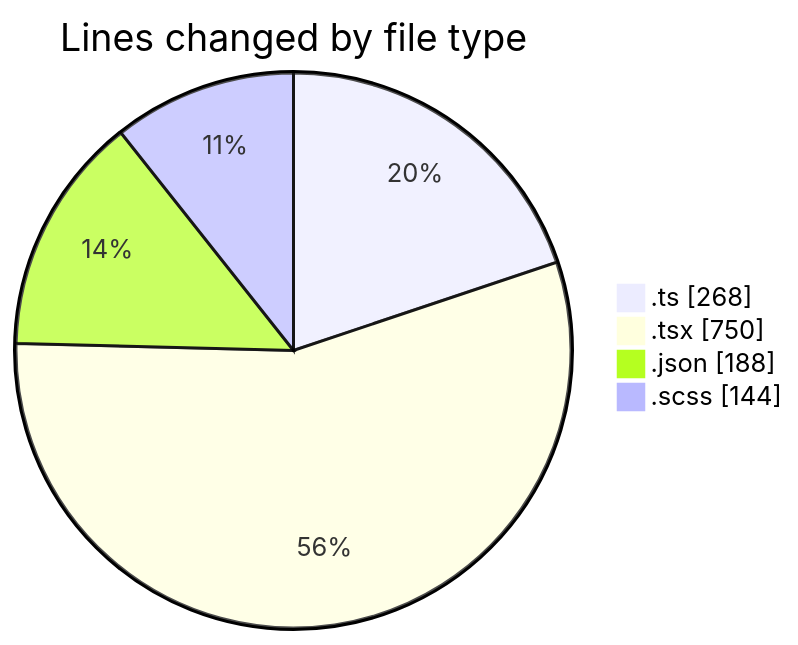
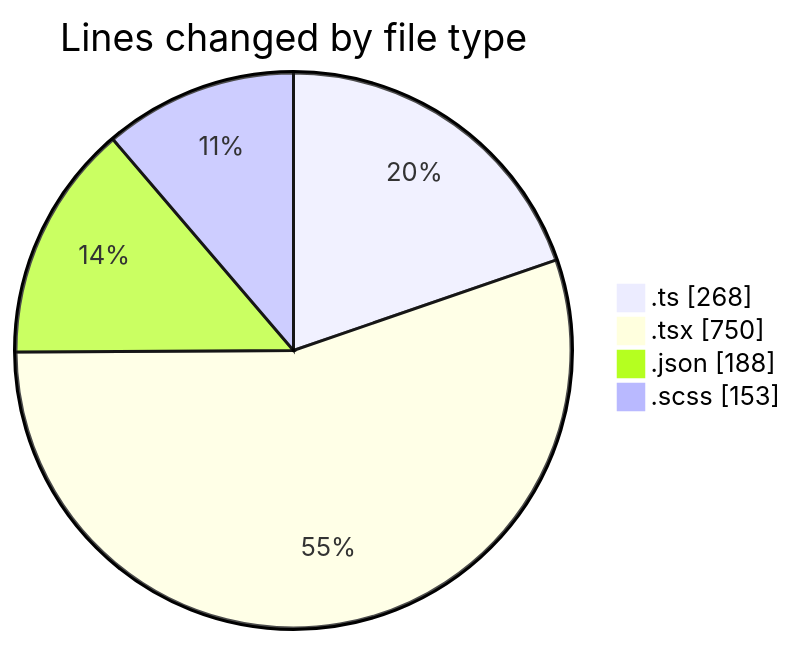
The first of 2 diagrams in 2026-05-07/cda/README.md (momahboobian/code-tracking), drawn with Mermaid before and after one commit. The commit also changed other lines of this file and 1 other file, not shown here.

````diff
--- a/2026-05-07/cda/README.md
+++ b/2026-05-07/cda/README.md
@@ -32,8 +32,8 @@
 ```mermaid
 pie showData
 title Lines changed by file type
 ".ts" : 268
 ".tsx" : 750
 ".json" : 188
-".scss" : 144
+".scss" : 153
 ```
````
